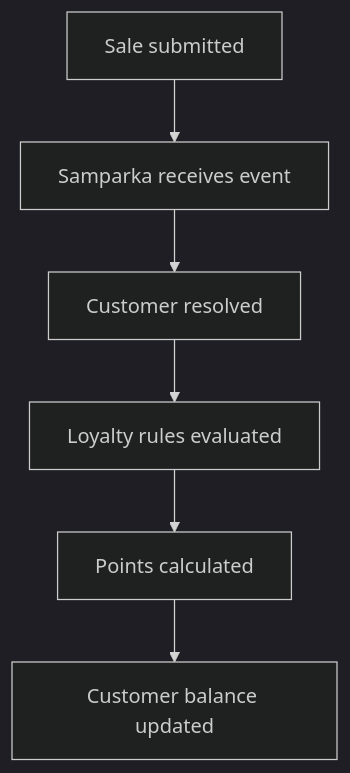
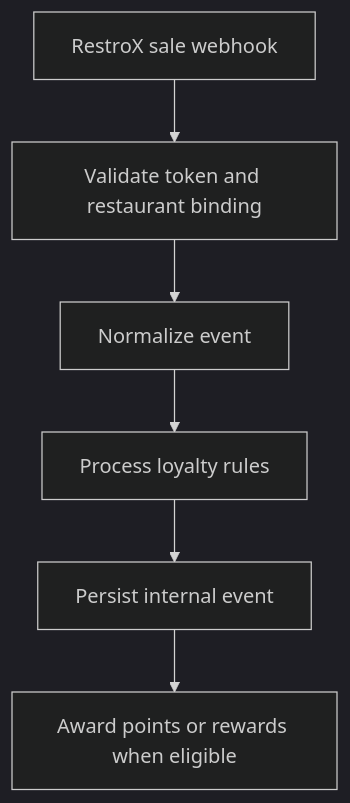
One commit to krischal07/docs changed the diagram in integrations/restrox/native/customer-loyalty-award-flow.mdx. Above: the diagram before and after it, drawn with Mermaid (dark theme). The commit also changed other lines of this file and 77 other files, not shown here.

````diff
--- a/integrations/restrox/native/customer-loyalty-award-flow.mdx
+++ b/integrations/restrox/native/customer-loyalty-award-flow.mdx
@@ -309,8 +11,8 @@
 ```mermaid
 flowchart TD
-  A["Sale submitted"] --> B["Samparka receives event"]
-  B --> C["Customer resolved"]
-  C --> D["Loyalty rules evaluated"]
-  D --> E["Points calculated"]
-  E --> F["Customer balance updated"]
+  A["RestroX sale webhook"] --> B["Validate token and restaurant binding"]
+  B --> C["Normalize event"]
+  C --> D["Process loyalty rules"]
+  D --> E["Persist internal event"]
+  E --> F["Award points or rewards when eligible"]
 ```
````
